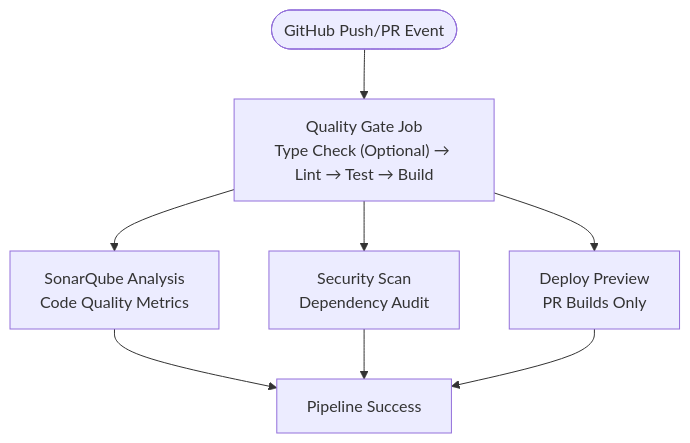
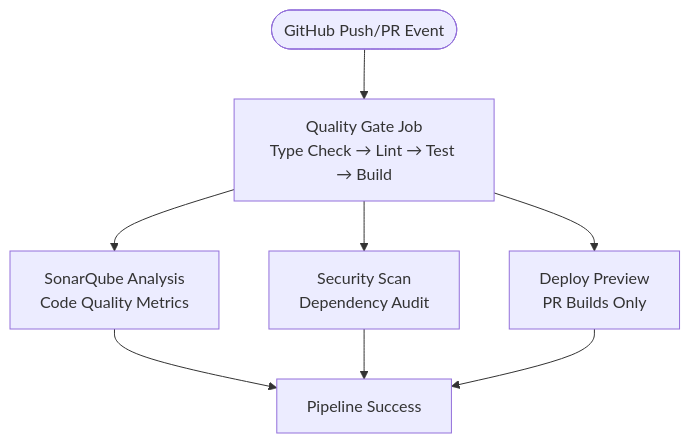
Before and after one commit to DoVuDung/cv-portfolio-builder: the tenth of 12 diagrams in .qoder/repowiki/en/content/Core Architecture/Build Configuration/Build Configuration.md, drawn with Mermaid. The commit also changed other lines of this file and 4 other files, not shown here.

````diff
--- a/.qoder/repowiki/en/content/Core Architecture/Build Configuration/Build Configuration.md
+++ b/.qoder/repowiki/en/content/Core Architecture/Build Configuration/Build Configuration.md
@@ -439,10 +535,10 @@
 ```mermaid
 flowchart TD
-Start(["GitHub Push/PR Event"]) --> QualityGate["Quality Gate Job<br/>Type Check (Optional) → Lint → Test → Build"]
+Start(["GitHub Push/PR Event"]) --> QualityGate["Quality Gate Job<br/>Type Check → Lint → Test → Build"]
 QualityGate --> SonarQube["SonarQube Analysis<br/>Code Quality Metrics"]
 QualityGate --> Security["Security Scan<br/>Dependency Audit"]
 QualityGate --> DeployPreview["Deploy Preview<br/>PR Builds Only"]
 SonarQube --> Success["Pipeline Success"]
 Security --> Success
 DeployPreview --> Success
 ```
````
